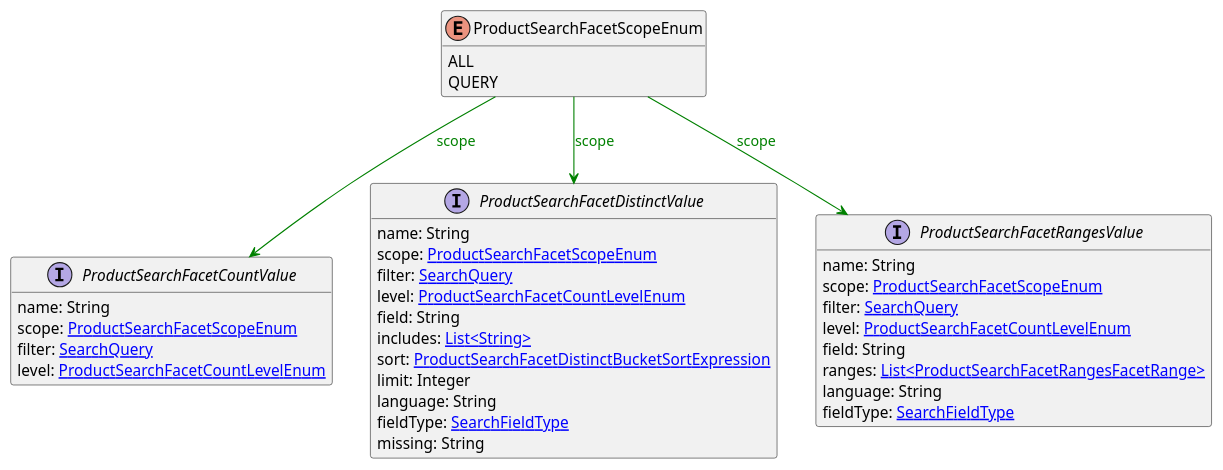
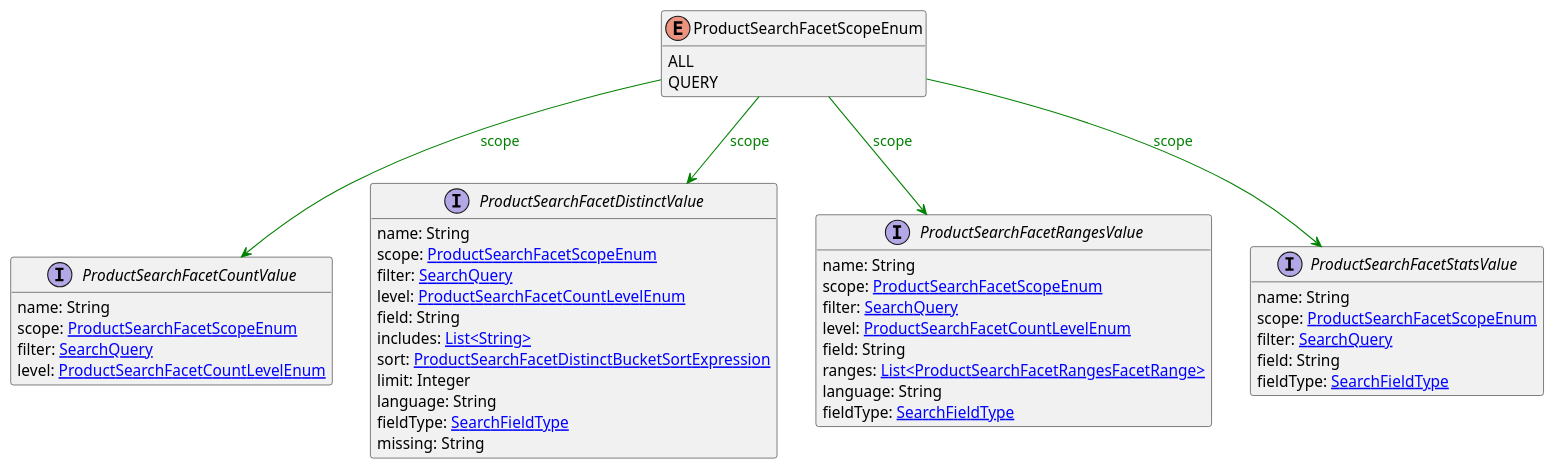
The diagram in uml/api/ProductSearchFacetScopeEnum.puml (commercetools/commercetools-api-reference), drawn with PlantUML before and after one commit. The commit also changed 16 other files, not shown here.

```diff
--- a/uml/api/ProductSearchFacetScopeEnum.puml
+++ b/uml/api/ProductSearchFacetScopeEnum.puml
@@ -1,40 +1,48 @@
 @startuml
 
 hide methods
 enum ProductSearchFacetScopeEnum {
     ALL
     QUERY
 }
 interface ProductSearchFacetCountValue [[ProductSearchFacetCountValue.svg]]  {
     name: String
     scope: [[ProductSearchFacetScopeEnum.svg ProductSearchFacetScopeEnum]]
     filter: [[SearchQuery.svg SearchQuery]]
     level: [[ProductSearchFacetCountLevelEnum.svg ProductSearchFacetCountLevelEnum]]
 }
 interface ProductSearchFacetDistinctValue [[ProductSearchFacetDistinctValue.svg]]  {
     name: String
     scope: [[ProductSearchFacetScopeEnum.svg ProductSearchFacetScopeEnum]]
     filter: [[SearchQuery.svg SearchQuery]]
     level: [[ProductSearchFacetCountLevelEnum.svg ProductSearchFacetCountLevelEnum]]
     field: String
     includes: [[String.svg List<String>]]
     sort: [[ProductSearchFacetDistinctBucketSortExpression.svg ProductSearchFacetDistinctBucketSortExpression]]
     limit: Integer
     language: String
     fieldType: [[SearchFieldType.svg SearchFieldType]]
     missing: String
 }
 interface ProductSearchFacetRangesValue [[ProductSearchFacetRangesValue.svg]]  {
     name: String
     scope: [[ProductSearchFacetScopeEnum.svg ProductSearchFacetScopeEnum]]
     filter: [[SearchQuery.svg SearchQuery]]
     level: [[ProductSearchFacetCountLevelEnum.svg ProductSearchFacetCountLevelEnum]]
     field: String
     ranges: [[ProductSearchFacetRangesFacetRange.svg List<ProductSearchFacetRangesFacetRange>]]
     language: String
     fieldType: [[SearchFieldType.svg SearchFieldType]]
 }
+interface ProductSearchFacetStatsValue [[ProductSearchFacetStatsValue.svg]]  {
+    name: String
+    scope: [[ProductSearchFacetScopeEnum.svg ProductSearchFacetScopeEnum]]
+    filter: [[SearchQuery.svg SearchQuery]]
+    field: String
+    fieldType: [[SearchFieldType.svg SearchFieldType]]
+}
 ProductSearchFacetScopeEnum --> ProductSearchFacetCountValue #green;text:green : "scope"
 ProductSearchFacetScopeEnum --> ProductSearchFacetDistinctValue #green;text:green : "scope"
 ProductSearchFacetScopeEnum --> ProductSearchFacetRangesValue #green;text:green : "scope"
+ProductSearchFacetScopeEnum --> ProductSearchFacetStatsValue #green;text:green : "scope"
 @enduml
```
